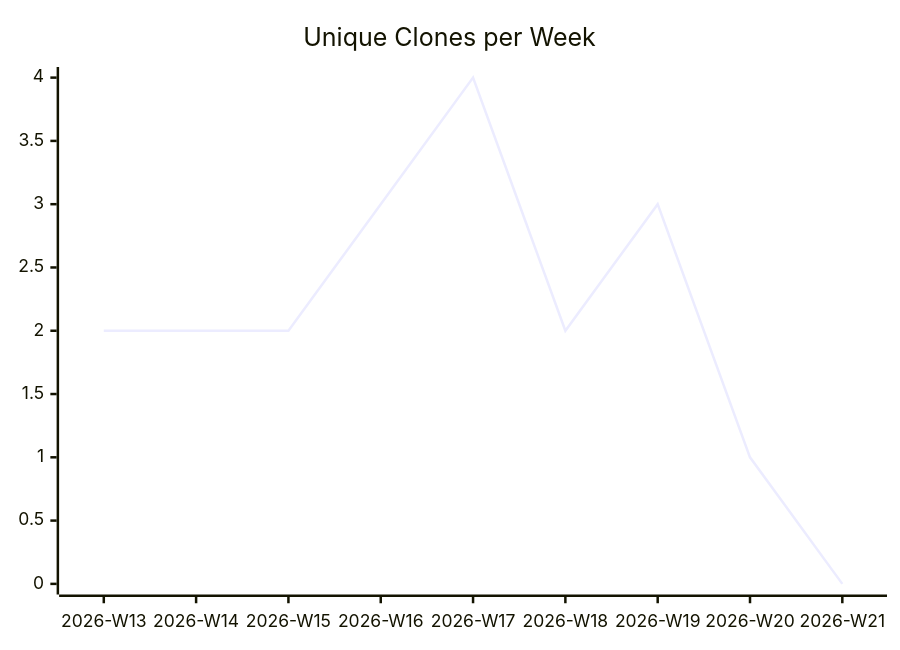
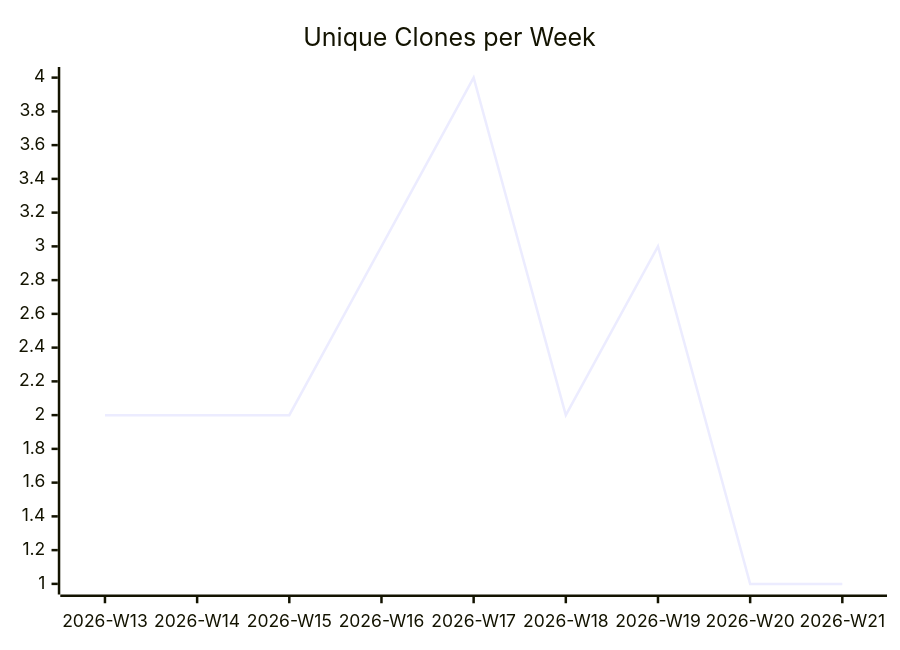
The third of 3 diagrams in karlmdavis/bbonfhir-dev-infra-docker/README.md (justdavis-family/github-analytics-data), drawn with Mermaid before and after one commit. The commit also changed other lines of this file and 187 other files, not shown here.

````diff
--- a/karlmdavis/bbonfhir-dev-infra-docker/README.md
+++ b/karlmdavis/bbonfhir-dev-infra-docker/README.md
@@ -19,6 +19,6 @@
 ```mermaid
 xychart-beta
   title "Unique Clones per Week"
   x-axis ["2026-W13", "2026-W14", "2026-W15", "2026-W16", "2026-W17", "2026-W18", "2026-W19", "2026-W20", "2026-W21"]
-  line [2, 2, 2, 3, 4, 2, 3, 1, 0]
+  line [2, 2, 2, 3, 4, 2, 3, 1, 1]
 ```
````
